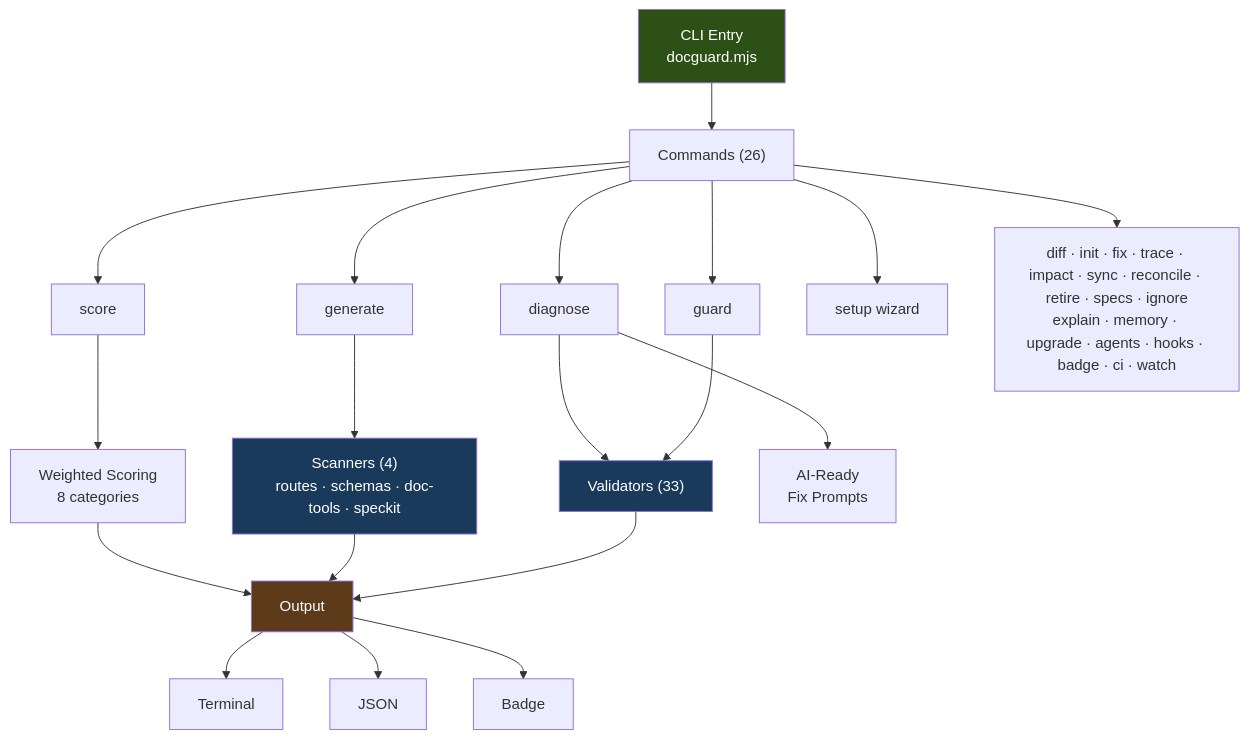
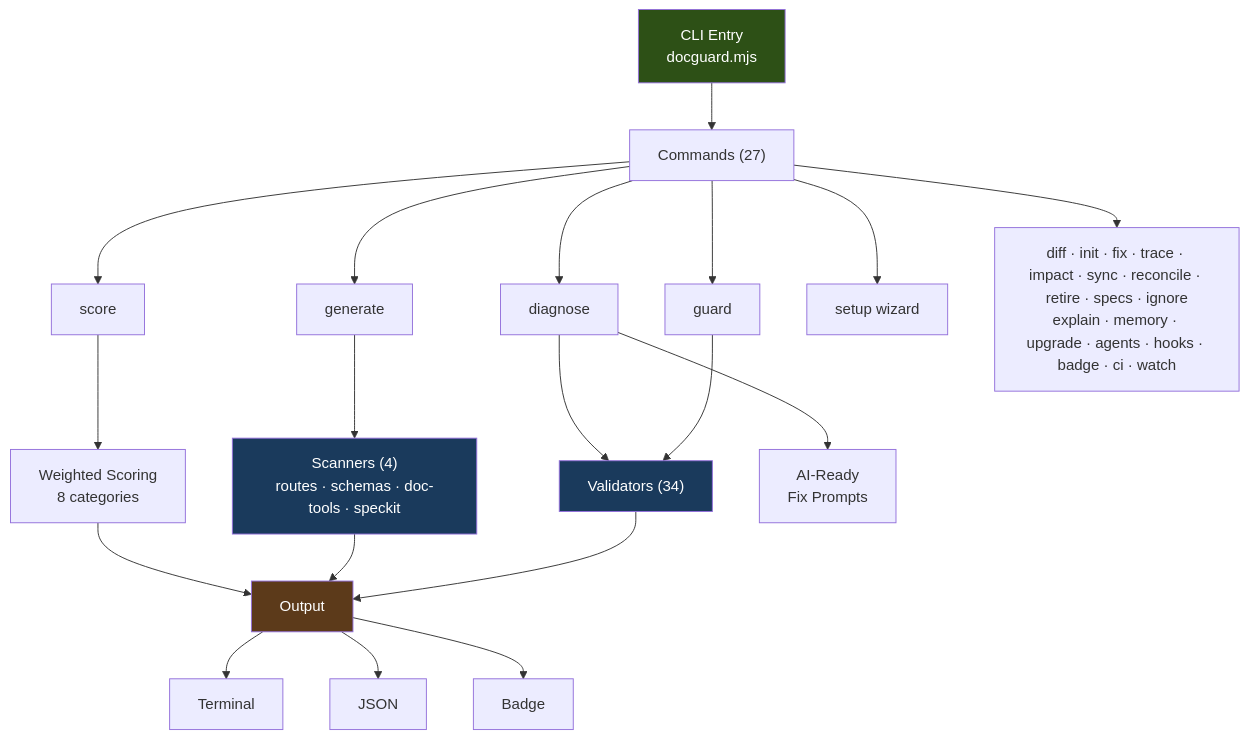
The diagram in README.md (raccioly/docguard), drawn with Mermaid before and after one commit. The commit also changed other lines of this file and 193 other files, not shown here.

````diff
--- a/README.md
+++ b/README.md
@@ -73,28 +73,28 @@
 ```mermaid
 graph TD
-    CLI["CLI Entry<br/>docguard.mjs"] --> Commands["Commands (26)"]
+    CLI["CLI Entry<br/>docguard.mjs"] --> Commands["Commands (27)"]
     Commands --> guard["guard"]
     Commands --> generate["generate"]
     Commands --> score["score"]
     Commands --> diagnose["diagnose"]
     Commands --> setup["setup wizard"]
     Commands --> other["diff · init · fix · trace · impact · sync · reconcile · retire · specs · ignore<br/>explain · memory · upgrade · agents · hooks · badge · ci · watch"]
 
-    guard --> Validators["Validators (33)"]
+    guard --> Validators["Validators (34)"]
     generate --> Scanners["Scanners (4)<br/>routes · schemas · doc-tools · speckit"]
     score --> Scoring["Weighted Scoring<br/>8 categories"]
     diagnose --> Validators
     diagnose --> AIPrompts["AI-Ready<br/>Fix Prompts"]
 
     Validators --> Output["Output"]
     Scanners --> Output
     Scoring --> Output
     Output --> Terminal["Terminal"]
     Output --> JSON["JSON"]
     Output --> Badge["Badge"]
 
     style CLI fill:#2d5016,color:#fff
     style Validators fill:#1a3a5c,color:#fff
     style Scanners fill:#1a3a5c,color:#fff
     style Output fill:#5c3a1a,color:#fff
 ```
````
